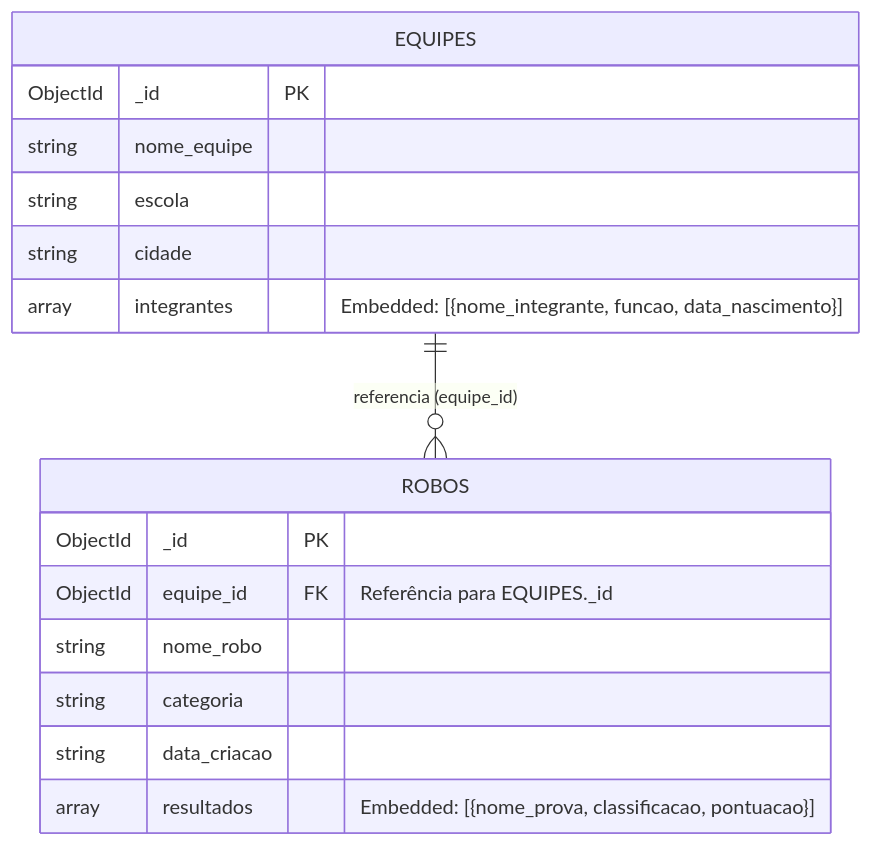
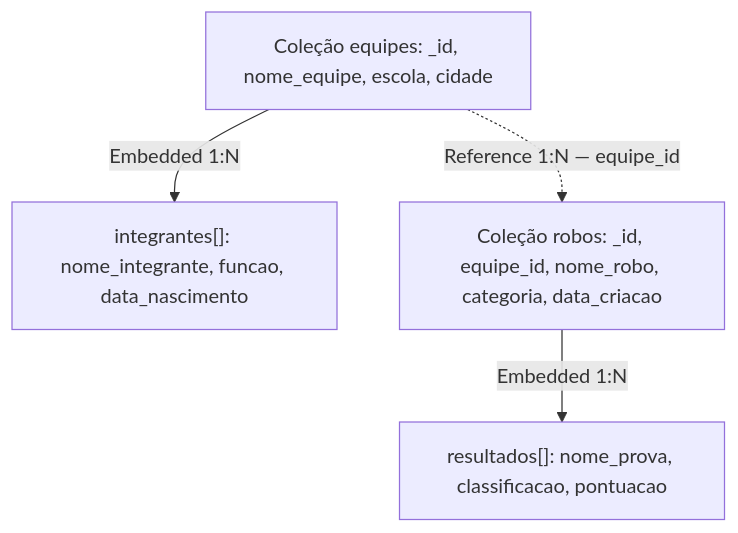
One commit to estersouza4/iaad changed the diagram in README.md. Above: the diagram before and after it, drawn with Mermaid. The commit also changed other lines of this file, not shown here.

````diff
--- a/README.md
+++ b/README.md
@@ -68,21 +118,11 @@
 ```mermaid
-erDiagram
-    EQUIPES {
-        ObjectId _id PK
-        string nome_equipe
-        string escola
-        string cidade
-        array integrantes "Embedded: [{nome_integrante, funcao, data_nascimento}]"
-    }
+flowchart TD
+    E["Coleção equipes: _id, nome_equipe, escola, cidade"]
+    I["integrantes[]: nome_integrante, funcao, data_nascimento"]
+    R["Coleção robos: _id, equipe_id, nome_robo, categoria, data_criacao"]
+    S["resultados[]: nome_prova, classificacao, pontuacao"]
 
-    ROBOS {
-        ObjectId _id PK
-        ObjectId equipe_id FK "Referência para EQUIPES._id"
-        string nome_robo
-        string categoria
-        string data_criacao
-        array resultados "Embedded: [{nome_prova, classificacao, pontuacao}]"
-    }
-
-    EQUIPES ||--o{ ROBOS : "referencia (equipe_id)"
+    E -->|"Embedded 1:N"| I
+    E -.->|"Reference 1:N — equipe_id"| R
+    R -->|"Embedded 1:N"| S
 ```
````
